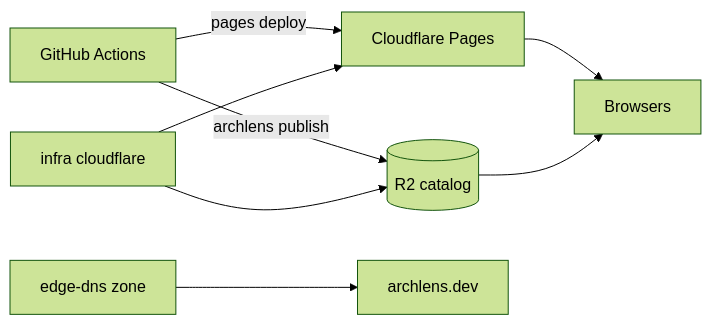
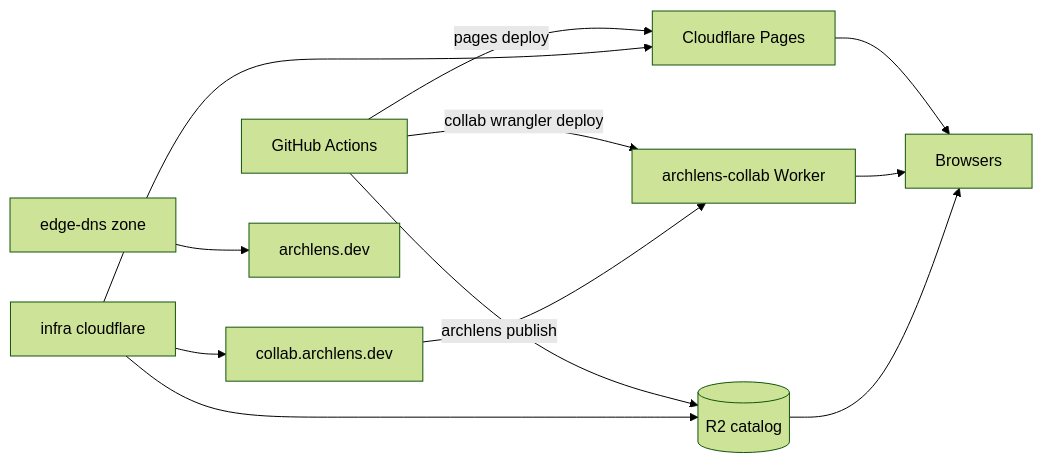
One commit to mzworthington/archlens changed the fourth of 4 diagrams in docs/plans/shared-canvas-collaboration.md. Above: the diagram before and after it, drawn with Mermaid (forest theme). The commit also changed other lines of this file and 14 other files, not shown here.

Commit message:
feat(collab): integrate collab Worker deployment into CI and update documentation

````diff
--- a/docs/plans/shared-canvas-collaboration.md
+++ b/docs/plans/shared-canvas-collaboration.md
@@ -310,10 +310,14 @@
 ```mermaid
 flowchart LR
   GHA[GitHub Actions] -->|pages deploy| Pages[Cloudflare Pages]
+  GHA -->|collab wrangler deploy| Collab[archlens-collab Worker]
   GHA -->|archlens publish| R2[(R2 catalog)]
   Pulumi[infra cloudflare] --> Pages
   Pulumi --> R2
+  Pulumi --> CollabHost[collab.archlens.dev]
+  CollabHost --> Collab
   edgeDNS[edge-dns zone] --> Zone[archlens.dev]
   Pages --> Users[Browsers]
+  Collab --> Users
   R2 --> Users
 ```
````
